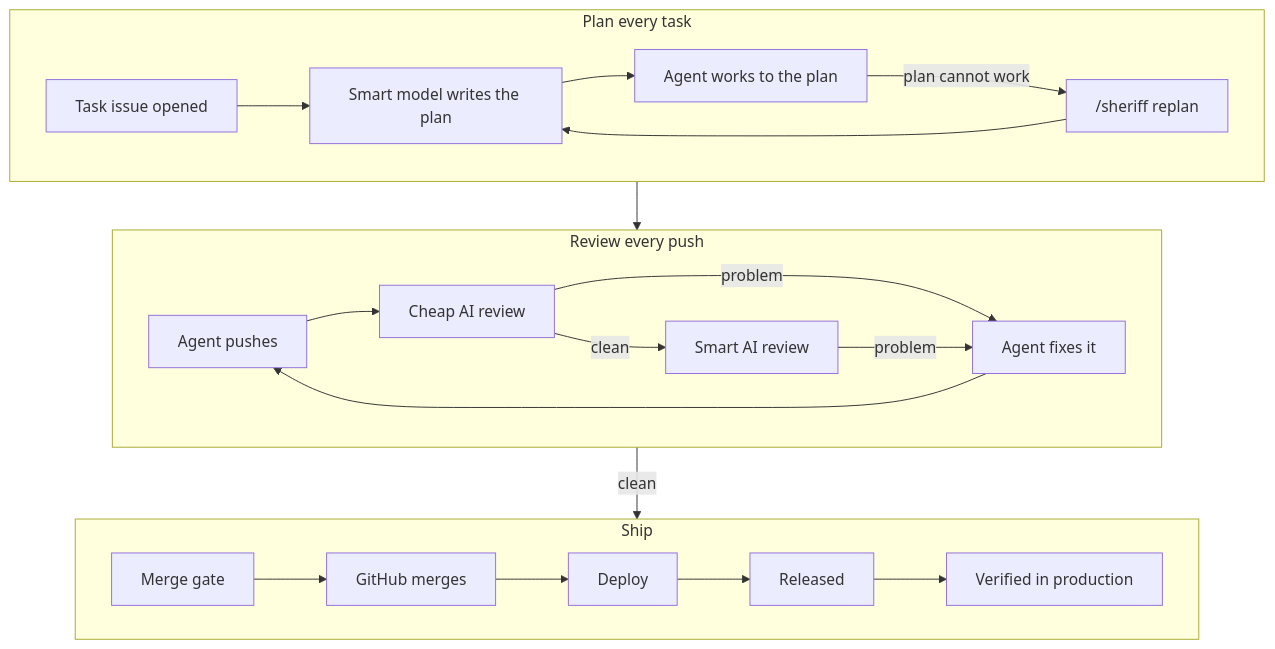
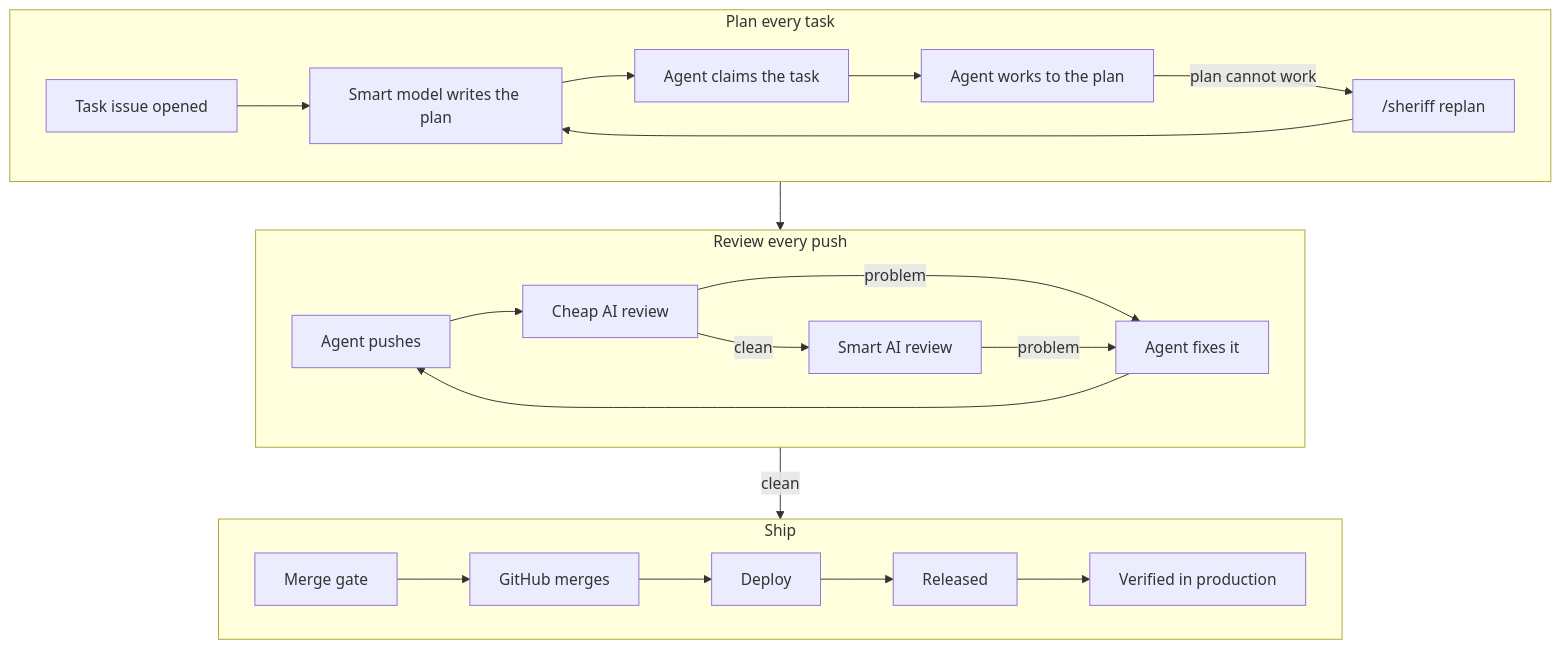
One commit to nick-the-dev/gh-sheriff changed the diagram in README.md. Above: the diagram before and after it, drawn with Mermaid. The commit also changed other lines of this file, not shown here.

First line of the commit message:
docs: the merge flow diagram and steps show the claim before work starts

````diff
--- a/README.md
+++ b/README.md
@@ -40,21 +41,21 @@
 ```mermaid
 flowchart TB
     subgraph PLAN["Plan every task"]
         direction LR
-        I["Task issue opened"] --> P["Smart model writes the plan"] --> W["Agent works to the plan"]
+        I["Task issue opened"] --> P["Smart model writes the plan"] --> K["Agent claims the task"] --> W["Agent works to the plan"]
         W -->|"plan cannot work"| R["/sheriff replan"] --> P
     end
     subgraph REVIEW["Review every push"]
         direction LR
         A["Agent pushes"] --> B["Cheap AI review"] -->|clean| C["Smart AI review"]
         B -->|problem| X["Agent fixes it"]
         C -->|problem| X
         X --> A
     end
     subgraph SHIP["Ship"]
         direction LR
         D["Merge gate"] --> E["GitHub merges"] --> F["Deploy"] --> G["Released"] --> H["Verified in production"]
     end
     PLAN --> REVIEW
     REVIEW -->|clean| SHIP
 ```
````
